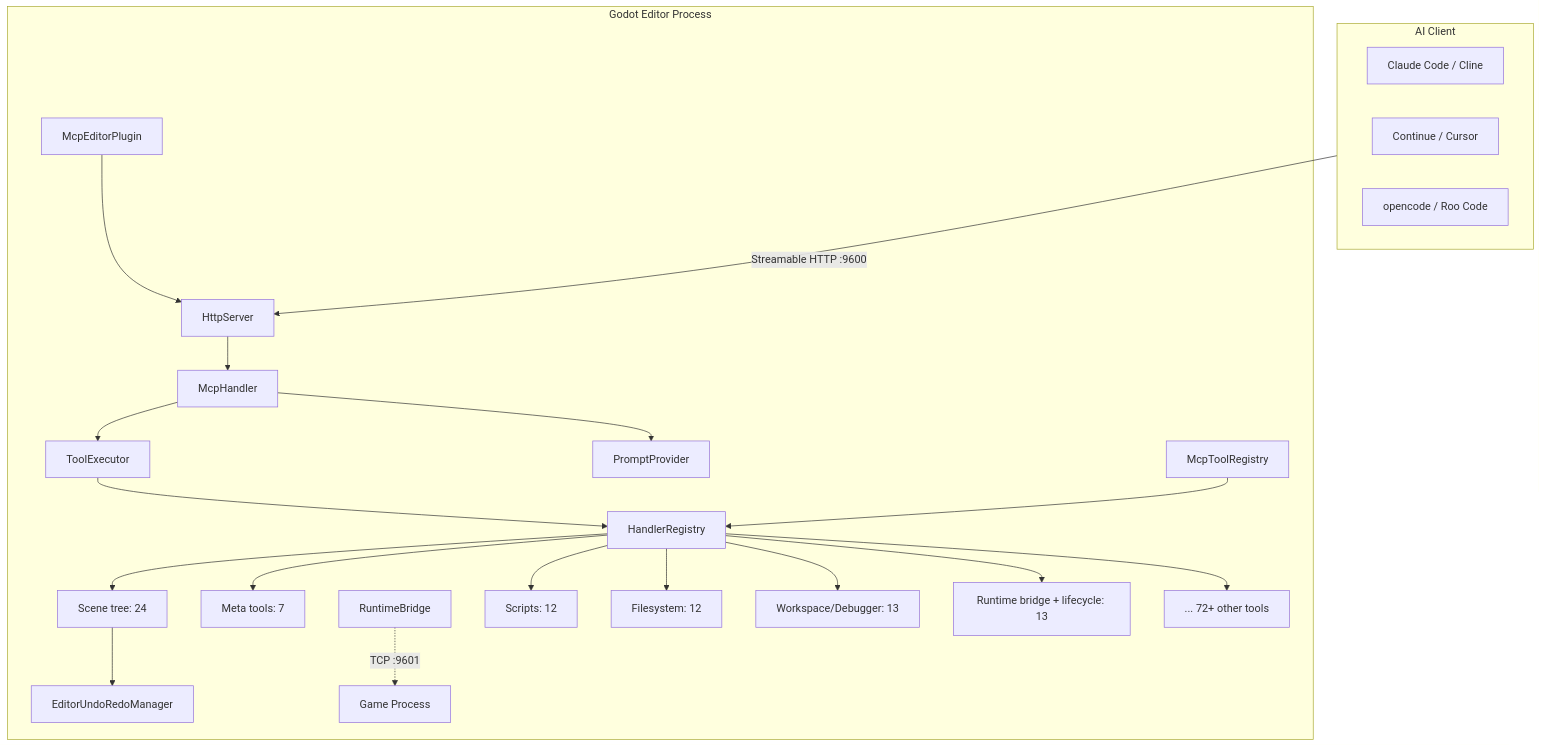
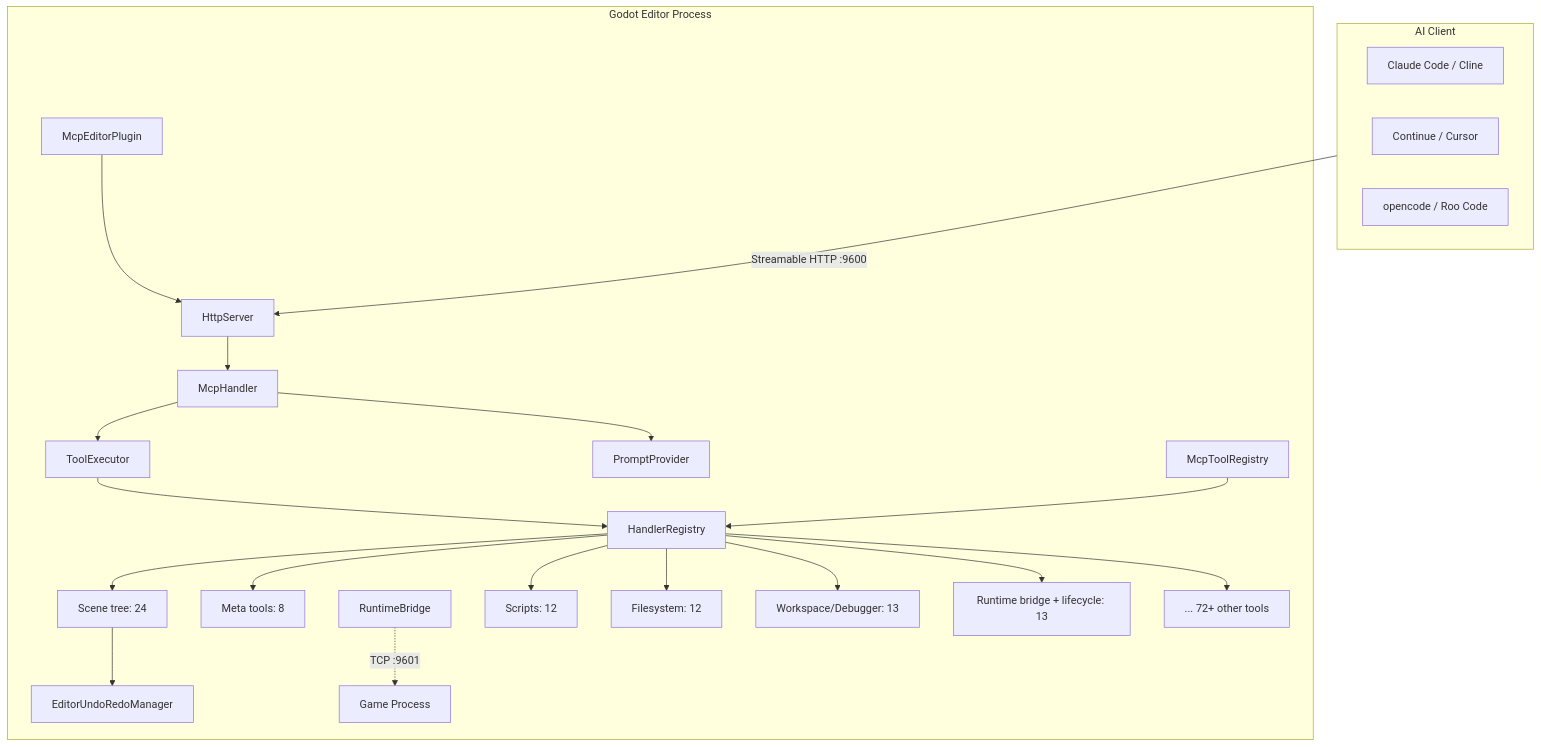
The first of 4 diagrams in docs/en/about/architecture.md (jesspig/GodotMCP-GDExtension), drawn with Mermaid before and after one commit. The commit also changed other lines of this file and 30 other files, not shown here.

````diff
--- a/docs/en/about/architecture.md
+++ b/docs/en/about/architecture.md
@@ -5,39 +5,39 @@
 ```mermaid
 graph TB
     subgraph AI_CLIENT["AI Client"]
         CC[Claude Code / Cline]
         CO[Continue / Cursor]
         OC[opencode / Roo Code]
     end
 
     subgraph GODOT["Godot Editor Process"]
         EP[McpEditorPlugin]
         HS[HttpServer]
         MH[McpHandler]
         HR[HandlerRegistry]
         TE[ToolExecutor]
         PP[PromptProvider]
         EU[EditorUndoRedoManager]
         RB[RuntimeBridge]
         SDK[McpToolRegistry]
 
         EP --> HS
         HS --> MH
         MH --> TE
         TE --> HR
         MH --> PP
         SDK --> HR
         RB -.->|TCP :9601| GameProcess[Game Process]
 
-        HR --> tools_meta[Meta tools: 7]
+        HR --> tools_meta[Meta tools: 8]
         HR --> tools_scene[Scene tree: 24]
         HR --> tools_script[Scripts: 12]
         HR --> tools_fs[Filesystem: 12]
         HR --> tools_workspace[Workspace/Debugger: 13]
         HR --> tools_runtime[Runtime bridge + lifecycle: 13]
         HR --> tools_other[... 72+ other tools]
     end
 
     AI_CLIENT -- "Streamable HTTP :9600" --> HS
     tools_scene --> EU
 ```
````
